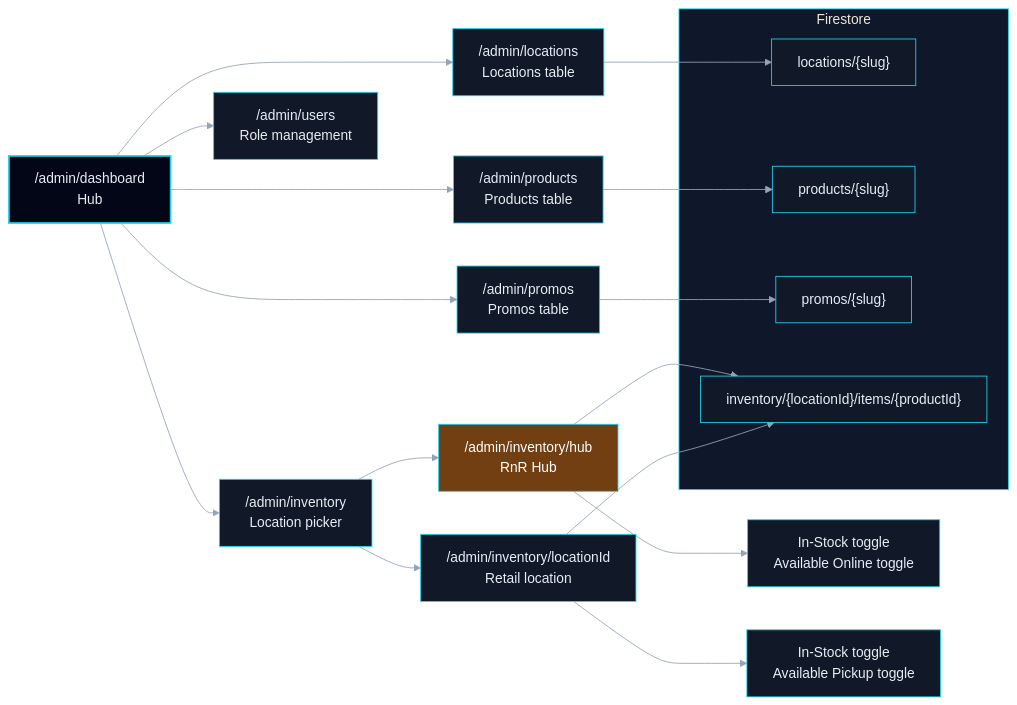
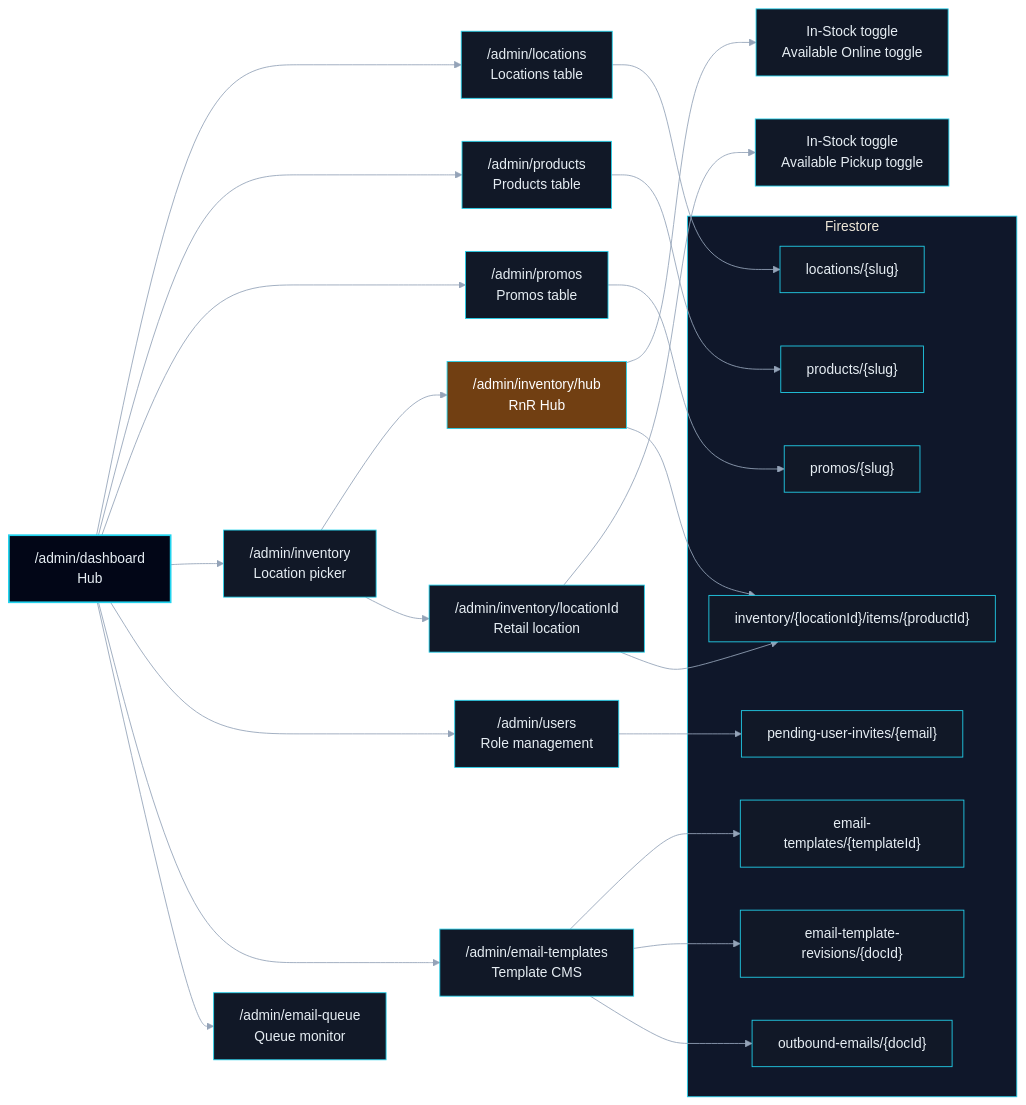
One commit to brewski-beers/rush-n-relax changed the second of 2 diagrams in docs/engineering/admin.md. Above: the diagram before and after it, drawn with Mermaid. The commit also changed other lines of this file and 78 other files, not shown here.

First line of the commit message:
feat: add contact submission and email template functionality

````diff
--- a/docs/engineering/admin.md
+++ b/docs/engineering/admin.md
@@ -66,37 +67,47 @@
 ```mermaid
 %%{init: {'theme': 'base', 'themeVariables': {'background': '#0b0f17', 'primaryColor': '#111827', 'primaryTextColor': '#e6edf3', 'primaryBorderColor': '#22d3ee', 'lineColor': '#94a3b8', 'secondaryColor': '#0f172a', 'tertiaryColor': '#111827', 'clusterBkg': '#0f172a', 'clusterBorder': '#22d3ee', 'fontFamily': 'Avenir Next, Avenir, Segoe UI, sans-serif'}}}%%
 
 flowchart LR
 
     DASH["/admin/dashboard\nHub"]:::title
 
     DASH --> LOC["/admin/locations\nLocations table"]
     DASH --> PROD["/admin/products\nProducts table"]
     DASH --> PROMO["/admin/promos\nPromos table"]
     DASH --> INV["/admin/inventory\nLocation picker"]
     DASH --> USERS["/admin/users\nRole management"]
+    DASH --> EMAIL_TPL["/admin/email-templates\nTemplate CMS"]
+    DASH --> EMAIL_Q["/admin/email-queue\nQueue monitor"]
 
     INV --> HUB["/admin/inventory/hub\nRnR Hub"]:::active
     INV --> RETAIL["/admin/inventory/locationId\nRetail location"]
 
     HUB --> HUB_COLS["In-Stock toggle\nAvailable Online toggle"]
     RETAIL --> RETAIL_COLS["In-Stock toggle\nAvailable Pickup toggle"]
 
     subgraph FS["Firestore"]
         FS_LOC["locations/{slug}"]
         FS_PROD["products/{slug}"]
         FS_PROMO["promos/{slug}"]
         FS_INV["inventory/{locationId}/items/{productId}"]
+      FS_INVITES["pending-user-invites/{email}"]
+        FS_EMAIL_TPL["email-templates/{templateId}"]
+      FS_EMAIL_TPL_REV["email-template-revisions/{docId}"]
+        FS_OUTBOUND["outbound-emails/{docId}"]
     end
 
     LOC --> FS_LOC
     PROD --> FS_PROD
     PROMO --> FS_PROMO
     HUB --> FS_INV
     RETAIL --> FS_INV
+    USERS --> FS_INVITES
+    EMAIL_TPL --> FS_EMAIL_TPL
+    EMAIL_TPL --> FS_EMAIL_TPL_REV
+    EMAIL_TPL --> FS_OUTBOUND
 
     classDef title    fill:#020617,color:#e6edf3,stroke:#22d3ee,stroke-width:2px;
     classDef complete fill:#166534,color:#fff;
     classDef active   fill:#713f12,color:#fff;
     classDef pending  fill:#1e3a5f,color:#ccc;
 ```
````
